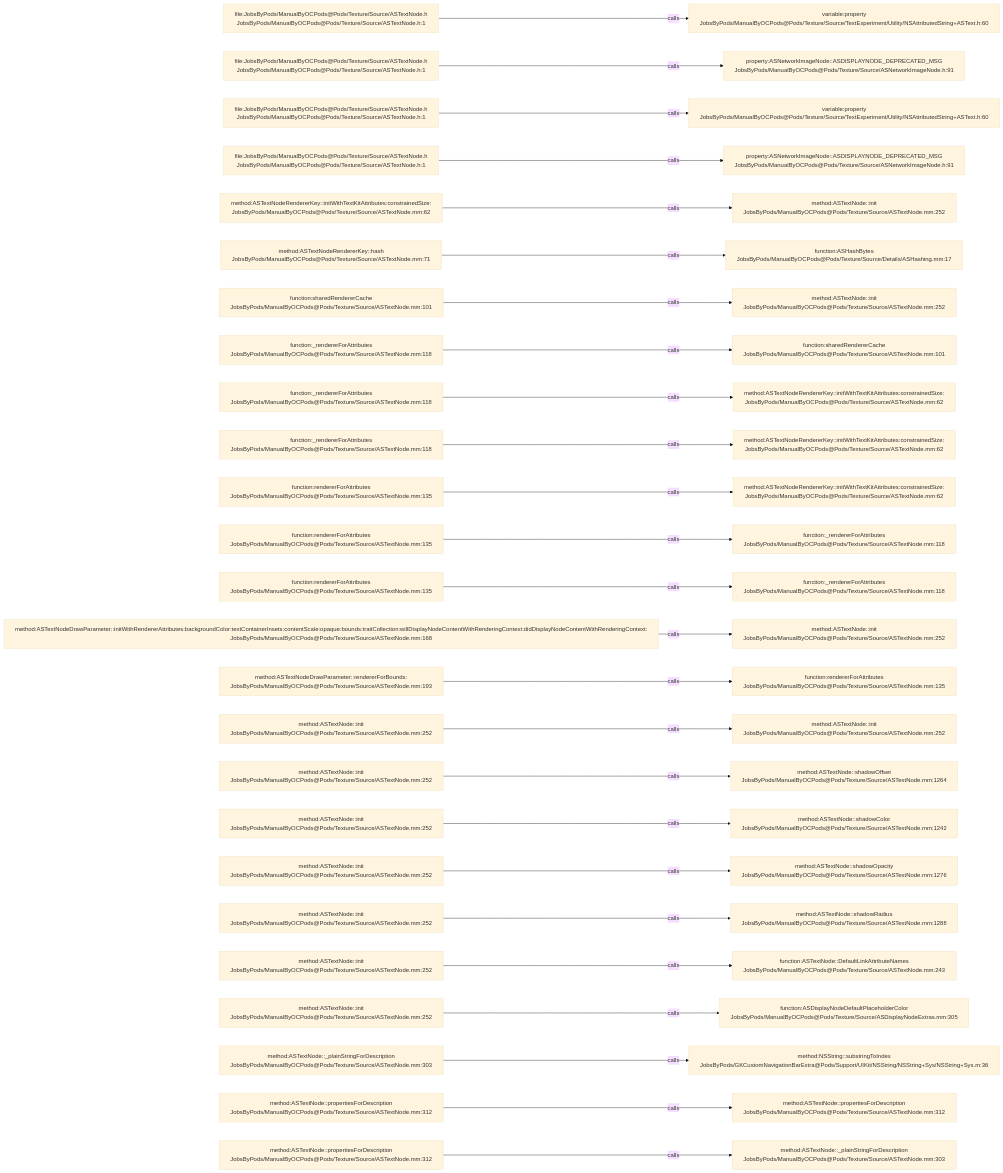
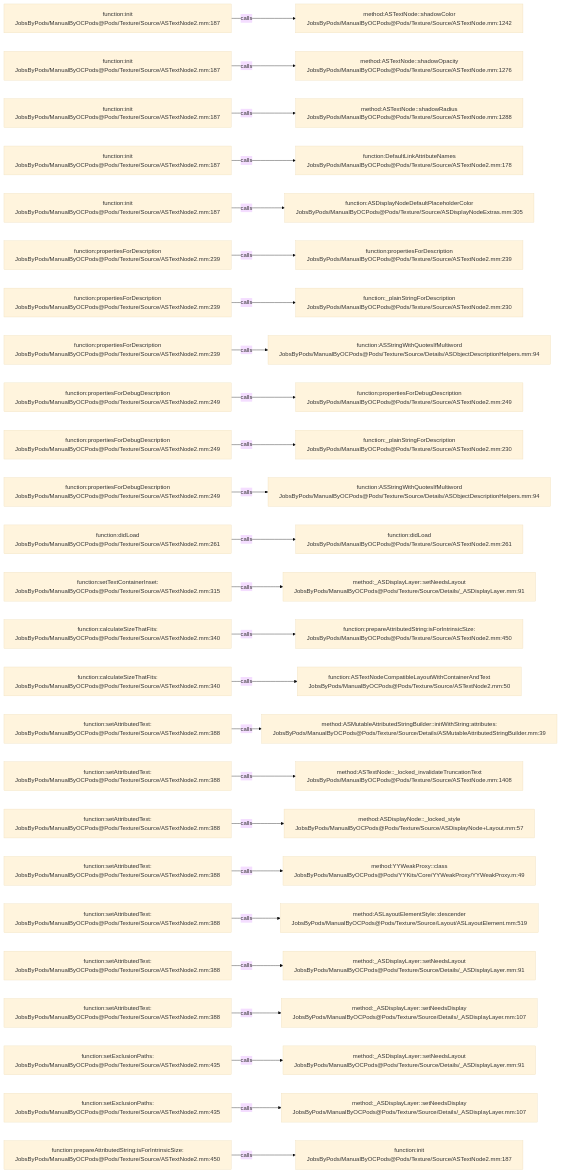
Before and after one commit to JobsKits/JobsOCBaseConfigDemo: the diagram in .codegraph/codegraph.md/graphs/calls-131.md, drawn with Mermaid (base theme). The commit also changed 1448 other files, not shown here.

````diff
--- a/.codegraph/codegraph.md/graphs/calls-131.md
+++ b/.codegraph/codegraph.md/graphs/calls-131.md
@@ -13,78 +13,78 @@
 ```mermaid
 flowchart LR
-  S1["file:JobsByPods/ManualByOCPods@Pods/Texture/Source/ASTextNode.h<br/>JobsByPods/ManualByOCPods@Pods/Texture/Source/ASTextNode.h:1"]
-  T1["variable:property<br/>JobsByPods/ManualByOCPods@Pods/Texture/Source/TextExperiment/Utility/NSAttributedString+ASText.h:60"]
+  S1["function:init<br/>JobsByPods/ManualByOCPods@Pods/Texture/Source/ASTextNode2.mm:187"]
+  T1["method:ASTextNode::shadowColor<br/>JobsByPods/ManualByOCPods@Pods/Texture/Source/ASTextNode.mm:1242"]
   S1 -->|calls| T1
-  S2["file:JobsByPods/ManualByOCPods@Pods/Texture/Source/ASTextNode.h<br/>JobsByPods/ManualByOCPods@Pods/Texture/Source/ASTextNode.h:1"]
-  T2["property:ASNetworkImageNode::ASDISPLAYNODE_DEPRECATED_MSG<br/>JobsByPods/ManualByOCPods@Pods/Texture/Source/ASNetworkImageNode.h:91"]
+  S2["function:init<br/>JobsByPods/ManualByOCPods@Pods/Texture/Source/ASTextNode2.mm:187"]
+  T2["method:ASTextNode::shadowOpacity<br/>JobsByPods/ManualByOCPods@Pods/Texture/Source/ASTextNode.mm:1276"]
   S2 -->|calls| T2
-  S3["file:JobsByPods/ManualByOCPods@Pods/Texture/Source/ASTextNode.h<br/>JobsByPods/ManualByOCPods@Pods/Texture/Source/ASTextNode.h:1"]
-  T3["variable:property<br/>JobsByPods/ManualByOCPods@Pods/Texture/Source/TextExperiment/Utility/NSAttributedString+ASText.h:60"]
+  S3["function:init<br/>JobsByPods/ManualByOCPods@Pods/Texture/Source/ASTextNode2.mm:187"]
+  T3["method:ASTextNode::shadowRadius<br/>JobsByPods/ManualByOCPods@Pods/Texture/Source/ASTextNode.mm:1288"]
   S3 -->|calls| T3
-  S4["file:JobsByPods/ManualByOCPods@Pods/Texture/Source/ASTextNode.h<br/>JobsByPods/ManualByOCPods@Pods/Texture/Source/ASTextNode.h:1"]
-  T4["property:ASNetworkImageNode::ASDISPLAYNODE_DEPRECATED_MSG<br/>JobsByPods/ManualByOCPods@Pods/Texture/Source/ASNetworkImageNode.h:91"]
+  S4["function:init<br/>JobsByPods/ManualByOCPods@Pods/Texture/Source/ASTextNode2.mm:187"]
+  T4["function:DefaultLinkAttributeNames<br/>JobsByPods/ManualByOCPods@Pods/Texture/Source/ASTextNode2.mm:178"]
   S4 -->|calls| T4
-  S5["method:ASTextNodeRendererKey::initWithTextKitAttributes:constrainedSize:<br/>JobsByPods/ManualByOCPods@Pods/Texture/Source/ASTextNode.mm:62"]
-  T5["method:ASTextNode::init<br/>JobsByPods/ManualByOCPods@Pods/Texture/Source/ASTextNode.mm:252"]
+  S5["function:init<br/>JobsByPods/ManualByOCPods@Pods/Texture/Source/ASTextNode2.mm:187"]
+  T5["function:ASDisplayNodeDefaultPlaceholderColor<br/>JobsByPods/ManualByOCPods@Pods/Texture/Source/ASDisplayNodeExtras.mm:305"]
   S5 -->|calls| T5
-  S6["method:ASTextNodeRendererKey::hash<br/>JobsByPods/ManualByOCPods@Pods/Texture/Source/ASTextNode.mm:71"]
-  T6["function:ASHashBytes<br/>JobsByPods/ManualByOCPods@Pods/Texture/Source/Details/ASHashing.mm:17"]
+  S6["function:propertiesForDescription<br/>JobsByPods/ManualByOCPods@Pods/Texture/Source/ASTextNode2.mm:239"]
+  T6["function:propertiesForDescription<br/>JobsByPods/ManualByOCPods@Pods/Texture/Source/ASTextNode2.mm:239"]
   S6 -->|calls| T6
-  S7["function:sharedRendererCache<br/>JobsByPods/ManualByOCPods@Pods/Texture/Source/ASTextNode.mm:101"]
-  T7["method:ASTextNode::init<br/>JobsByPods/ManualByOCPods@Pods/Texture/Source/ASTextNode.mm:252"]
+  S7["function:propertiesForDescription<br/>JobsByPods/ManualByOCPods@Pods/Texture/Source/ASTextNode2.mm:239"]
+  T7["function:_plainStringForDescription<br/>JobsByPods/ManualByOCPods@Pods/Texture/Source/ASTextNode2.mm:230"]
   S7 -->|calls| T7
-  S8["function:_rendererForAttributes<br/>JobsByPods/ManualByOCPods@Pods/Texture/Source/ASTextNode.mm:118"]
-  T8["function:sharedRendererCache<br/>JobsByPods/ManualByOCPods@Pods/Texture/Source/ASTextNode.mm:101"]
+  S8["function:propertiesForDescription<br/>JobsByPods/ManualByOCPods@Pods/Texture/Source/ASTextNode2.mm:239"]
+  T8["function:ASStringWithQuotesIfMultiword<br/>JobsByPods/ManualByOCPods@Pods/Texture/Source/Details/ASObjectDescriptionHelpers.mm:94"]
   S8 -->|calls| T8
-  S9["function:_rendererForAttributes<br/>JobsByPods/ManualByOCPods@Pods/Texture/Source/ASTextNode.mm:118"]
-  T9["method:ASTextNodeRendererKey::initWithTextKitAttributes:constrainedSize:<br/>JobsByPods/ManualByOCPods@Pods/Texture/Source/ASTextNode.mm:62"]
+  S9["function:propertiesForDebugDescription<br/>JobsByPods/ManualByOCPods@Pods/Texture/Source/ASTextNode2.mm:249"]
+  T9["function:propertiesForDebugDescription<br/>JobsByPods/ManualByOCPods@Pods/Texture/Source/ASTextNode2.mm:249"]
   S9 -->|calls| T9
-  S10["function:_rendererForAttributes<br/>JobsByPods/ManualByOCPods@Pods/Texture/Source/ASTextNode.mm:118"]
-  T10["method:ASTextNodeRendererKey::initWithTextKitAttributes:constrainedSize:<br/>JobsByPods/ManualByOCPods@Pods/Texture/Source/ASTextNode.mm:62"]
+  S10["function:propertiesForDebugDescription<br/>JobsByPods/ManualByOCPods@Pods/Texture/Source/ASTextNode2.mm:249"]
+  T10["function:_plainStringForDescription<br/>JobsByPods/ManualByOCPods@Pods/Texture/Source/ASTextNode2.mm:230"]
   S10 -->|calls| T10
-  S11["function:rendererForAttributes<br/>JobsByPods/ManualByOCPods@Pods/Texture/Source/ASTextNode.mm:135"]
-  T11["method:ASTextNodeRendererKey::initWithTextKitAttributes:constrainedSize:<br/>JobsByPods/ManualByOCPods@Pods/Texture/Source/ASTextNode.mm:62"]
+  S11["function:propertiesForDebugDescription<br/>JobsByPods/ManualByOCPods@Pods/Texture/Source/ASTextNode2.mm:249"]
+  T11["function:ASStringWithQuotesIfMultiword<br/>JobsByPods/ManualByOCPods@Pods/Texture/Source/Details/ASObjectDescriptionHelpers.mm:94"]
   S11 -->|calls| T11
-  S12["function:rendererForAttributes<br/>JobsByPods/ManualByOCPods@Pods/Texture/Source/ASTextNode.mm:135"]
-  T12["function:_rendererForAttributes<br/>JobsByPods/ManualByOCPods@Pods/Texture/Source/ASTextNode.mm:118"]
+  S12["function:didLoad<br/>JobsByPods/ManualByOCPods@Pods/Texture/Source/ASTextNode2.mm:261"]
+  T12["function:didLoad<br/>JobsByPods/ManualByOCPods@Pods/Texture/Source/ASTextNode2.mm:261"]
   S12 -->|calls| T12
-  S13["function:rendererForAttributes<br/>JobsByPods/ManualByOCPods@Pods/Texture/Source/ASTextNode.mm:135"]
-  T13["function:_rendererForAttributes<br/>JobsByPods/ManualByOCPods@Pods/Texture/Source/ASTextNode.mm:118"]
+  S13["function:setTextContainerInset:<br/>JobsByPods/ManualByOCPods@Pods/Texture/Source/ASTextNode2.mm:315"]
+  T13["method:_ASDisplayLayer::setNeedsLayout<br/>JobsByPods/ManualByOCPods@Pods/Texture/Source/Details/_ASDisplayLayer.mm:91"]
   S13 -->|calls| T13
-  S14["method:ASTextNodeDrawParameter::initWithRendererAttributes:backgroundColor:textContainerInsets:contentScale:opaque:bounds:traitCollection:willDisplayNodeContentWithRenderingContext:didDisplayNodeContentWithRenderingContext:<br/>JobsByPods/ManualByOCPods@Pods/Texture/Source/ASTextNode.mm:168"]
-  T14["method:ASTextNode::init<br/>JobsByPods/ManualByOCPods@Pods/Texture/Source/ASTextNode.mm:252"]
+  S14["function:calculateSizeThatFits:<br/>JobsByPods/ManualByOCPods@Pods/Texture/Source/ASTextNode2.mm:340"]
+  T14["function:prepareAttributedString:isForIntrinsicSize:<br/>JobsByPods/ManualByOCPods@Pods/Texture/Source/ASTextNode2.mm:450"]
   S14 -->|calls| T14
-  S15["method:ASTextNodeDrawParameter::rendererForBounds:<br/>JobsByPods/ManualByOCPods@Pods/Texture/Source/ASTextNode.mm:193"]
-  T15["function:rendererForAttributes<br/>JobsByPods/ManualByOCPods@Pods/Texture/Source/ASTextNode.mm:135"]
+  S15["function:calculateSizeThatFits:<br/>JobsByPods/ManualByOCPods@Pods/Texture/Source/ASTextNode2.mm:340"]
+  T15["function:ASTextNodeCompatibleLayoutWithContainerAndText<br/>JobsByPods/ManualByOCPods@Pods/Texture/Source/ASTextNode2.mm:50"]
   S15 -->|calls| T15
-  S16["method:ASTextNode::init<br/>JobsByPods/ManualByOCPods@Pods/Texture/Source/ASTextNode.mm:252"]
-  T16["method:ASTextNode::init<br/>JobsByPods/ManualByOCPods@Pods/Texture/Source/ASTextNode.mm:252"]
+  S16["function:setAttributedText:<br/>JobsByPods/ManualByOCPods@Pods/Texture/Source/ASTextNode2.mm:388"]
+  T16["method:ASMutableAttributedStringBuilder::initWithString:attributes:<br/>JobsByPods/ManualByOCPods@Pods/Texture/Source/Details/ASMutableAttributedStringBuilder.mm:39"]
   S16 -->|calls| T16
-  S17["method:ASTextNode::init<br/>JobsByPods/ManualByOCPods@Pods/Texture/Source/ASTextNode.mm:252"]
-  T17["method:ASTextNode::shadowOffset<br/>JobsByPods/ManualByOCPods@Pods/Texture/Source/ASTextNode.mm:1264"]
+  S17["function:setAttributedText:<br/>JobsByPods/ManualByOCPods@Pods/Texture/Source/ASTextNode2.mm:388"]
+  T17["method:ASTextNode::_locked_invalidateTruncationText<br/>JobsByPods/ManualByOCPods@Pods/Texture/Source/ASTextNode.mm:1408"]
   S17 -->|calls| T17
-  S18["method:ASTextNode::init<br/>JobsByPods/ManualByOCPods@Pods/Texture/Source/ASTextNode.mm:252"]
-  T18["method:ASTextNode::shadowColor<br/>JobsByPods/ManualByOCPods@Pods/Texture/Source/ASTextNode.mm:1242"]
+  S18["function:setAttributedText:<br/>JobsByPods/ManualByOCPods@Pods/Texture/Source/ASTextNode2.mm:388"]
+  T18["method:ASDisplayNode::_locked_style<br/>JobsByPods/ManualByOCPods@Pods/Texture/Source/ASDisplayNode+Layout.mm:57"]
   S18 -->|calls| T18
-  S19["method:ASTextNode::init<br/>JobsByPods/ManualByOCPods@Pods/Texture/Source/ASTextNode.mm:252"]
-  T19["method:ASTextNode::shadowOpacity<br/>JobsByPods/ManualByOCPods@Pods/Texture/Source/ASTextNode.mm:1276"]
+  S19["function:setAttributedText:<br/>JobsByPods/ManualByOCPods@Pods/Texture/Source/ASTextNode2.mm:388"]
+  T19["method:YYWeakProxy::class<br/>JobsByPods/ManualByOCPods@Pods/YYKits/Core/YYWeakProxy/YYWeakProxy.m:49"]
   S19 -->|calls| T19
-  S20["method:ASTextNode::init<br/>JobsByPods/ManualByOCPods@Pods/Texture/Source/ASTextNode.mm:252"]
-  T20["method:ASTextNode::shadowRadius<br/>JobsByPods/ManualByOCPods@Pods/Texture/Source/ASTextNode.mm:1288"]
+  S20["function:setAttributedText:<br/>JobsByPods/ManualByOCPods@Pods/Texture/Source/ASTextNode2.mm:388"]
+  T20["method:ASLayoutElementStyle::descender<br/>JobsByPods/ManualByOCPods@Pods/Texture/Source/Layout/ASLayoutElement.mm:519"]
   S20 -->|calls| T20
-  S21["method:ASTextNode::init<br/>JobsByPods/ManualByOCPods@Pods/Texture/Source/ASTextNode.mm:252"]
-  T21["function:ASTextNode::DefaultLinkAttributeNames<br/>JobsByPods/ManualByOCPods@Pods/Texture/Source/ASTextNode.mm:243"]
+  S21["function:setAttributedText:<br/>JobsByPods/ManualByOCPods@Pods/Texture/Source/ASTextNode2.mm:388"]
+  T21["method:_ASDisplayLayer::setNeedsLayout<br/>JobsByPods/ManualByOCPods@Pods/Texture/Source/Details/_ASDisplayLayer.mm:91"]
   S21 -->|calls| T21
-  S22["method:ASTextNode::init<br/>JobsByPods/ManualByOCPods@Pods/Texture/Source/ASTextNode.mm:252"]
-  T22["function:ASDisplayNodeDefaultPlaceholderColor<br/>JobsByPods/ManualByOCPods@Pods/Texture/Source/ASDisplayNodeExtras.mm:305"]
+  S22["function:setAttributedText:<br/>JobsByPods/ManualByOCPods@Pods/Texture/Source/ASTextNode2.mm:388"]
+  T22["method:_ASDisplayLayer::setNeedsDisplay<br/>JobsByPods/ManualByOCPods@Pods/Texture/Source/Details/_ASDisplayLayer.mm:107"]
   S22 -->|calls| T22
-  S23["method:ASTextNode::_plainStringForDescription<br/>JobsByPods/ManualByOCPods@Pods/Texture/Source/ASTextNode.mm:303"]
-  T23["method:NSString::substringToIndex<br/>JobsByPods/GKCustomNavigationBarExtra@Pods/Support/UIKit/NSString/NSString+Sys/NSString+Sys.m:36"]
+  S23["function:setExclusionPaths:<br/>JobsByPods/ManualByOCPods@Pods/Texture/Source/ASTextNode2.mm:435"]
+  T23["method:_ASDisplayLayer::setNeedsLayout<br/>JobsByPods/ManualByOCPods@Pods/Texture/Source/Details/_ASDisplayLayer.mm:91"]
   S23 -->|calls| T23
-  S24["method:ASTextNode::propertiesForDescription<br/>JobsByPods/ManualByOCPods@Pods/Texture/Source/ASTextNode.mm:312"]
-  T24["method:ASTextNode::propertiesForDescription<br/>JobsByPods/ManualByOCPods@Pods/Texture/Source/ASTextNode.mm:312"]
+  S24["function:setExclusionPaths:<br/>JobsByPods/ManualByOCPods@Pods/Texture/Source/ASTextNode2.mm:435"]
+  T24["method:_ASDisplayLayer::setNeedsDisplay<br/>JobsByPods/ManualByOCPods@Pods/Texture/Source/Details/_ASDisplayLayer.mm:107"]
   S24 -->|calls| T24
-  S25["method:ASTextNode::propertiesForDescription<br/>JobsByPods/ManualByOCPods@Pods/Texture/Source/ASTextNode.mm:312"]
-  T25["method:ASTextNode::_plainStringForDescription<br/>JobsByPods/ManualByOCPods@Pods/Texture/Source/ASTextNode.mm:303"]
+  S25["function:prepareAttributedString:isForIntrinsicSize:<br/>JobsByPods/ManualByOCPods@Pods/Texture/Source/ASTextNode2.mm:450"]
+  T25["function:init<br/>JobsByPods/ManualByOCPods@Pods/Texture/Source/ASTextNode2.mm:187"]
   S25 -->|calls| T25
 ```
````
